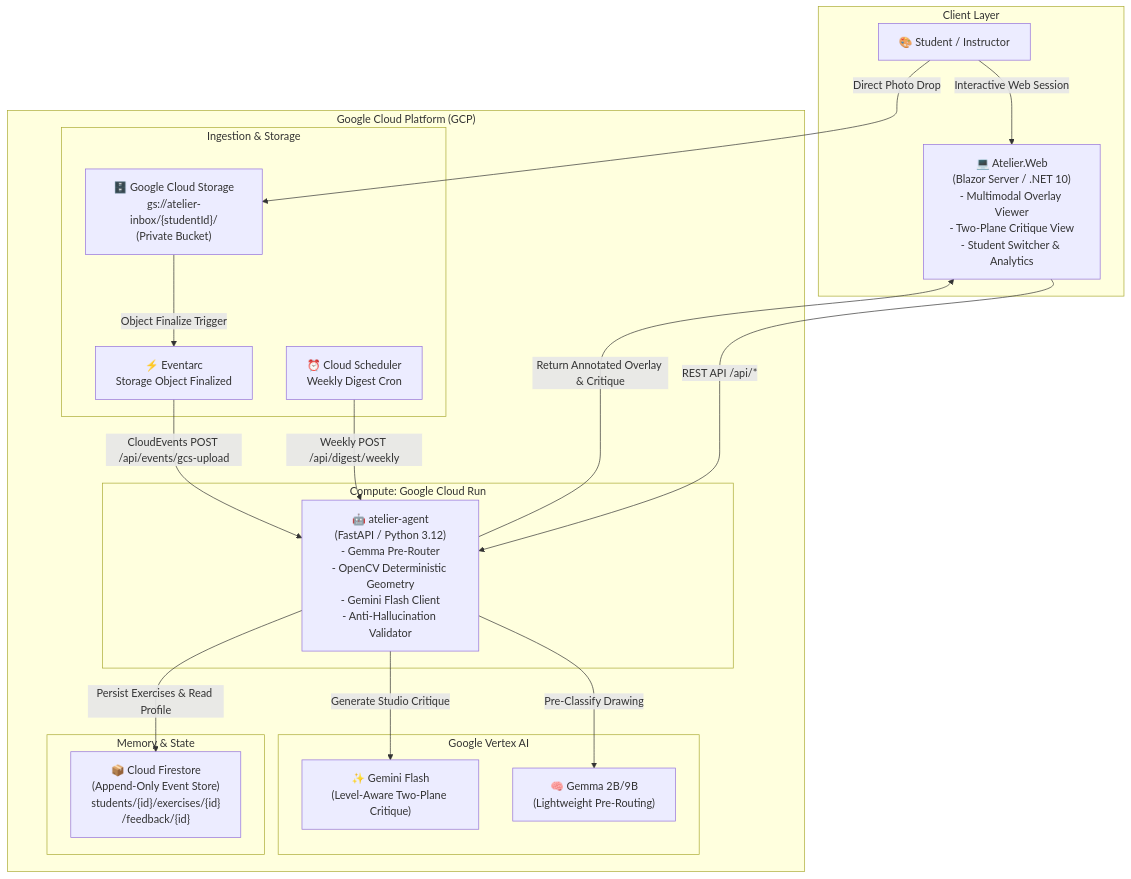
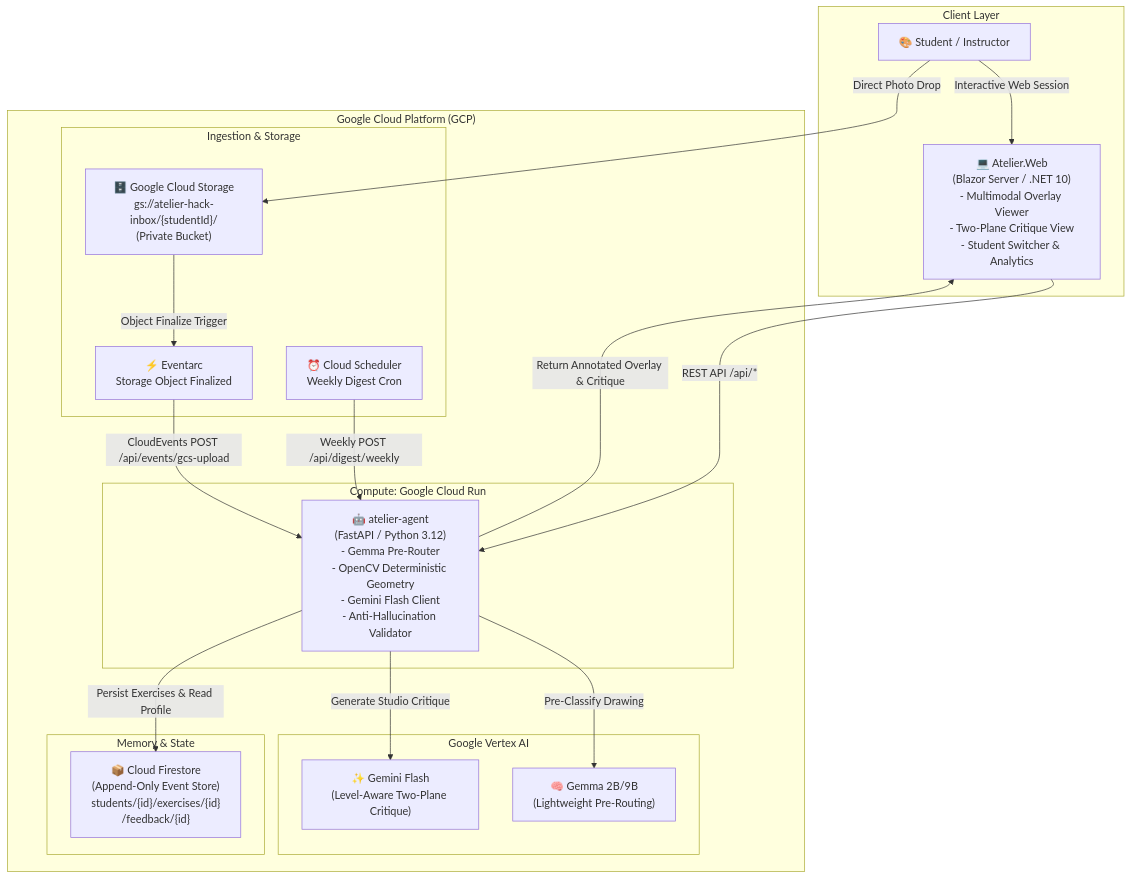
The first of 2 diagrams in docs/ARCHITECTURE.md (hvaler/atelier), drawn with Mermaid before and after one commit. The commit also changed 7 other files, not shown here.

Commit message:
feat(async): unify canonical bucket name to atelier-hack-inbox and enforce genuine GCS download on ingestion

````diff
--- a/docs/ARCHITECTURE.md
+++ b/docs/ARCHITECTURE.md
@@ -9,42 +9,42 @@
 ```mermaid
 graph TB
     subgraph "Client Layer"
         User["🎨 Student / Instructor"]
         WebUI["💻 Atelier.Web\n(Blazor Server / .NET 10)\n- Multimodal Overlay Viewer\n- Two-Plane Critique View\n- Student Switcher & Analytics"]
     end
 
     subgraph "Google Cloud Platform (GCP)"
         subgraph "Ingestion & Storage"
-            GCS["🗄️ Google Cloud Storage\ngs://atelier-inbox/{studentId}/\n(Private Bucket)"]
+            GCS["🗄️ Google Cloud Storage\ngs://atelier-hack-inbox/{studentId}/\n(Private Bucket)"]
             Eventarc["⚡ Eventarc\nStorage Object Finalized"]
             Scheduler["⏰ Cloud Scheduler\nWeekly Digest Cron"]
         end
 
         subgraph "Compute: Google Cloud Run"
             AgentService["🤖 atelier-agent\n(FastAPI / Python 3.12)\n- Gemma Pre-Router\n- OpenCV Deterministic Geometry\n- Gemini Flash Client\n- Anti-Hallucination Validator"]
         end
 
         subgraph "Google Vertex AI"
             Gemma["🧠 Gemma 2B/9B\n(Lightweight Pre-Routing)"]
             Gemini["✨ Gemini Flash\n(Level-Aware Two-Plane Critique)"]
         end
 
         subgraph "Memory & State"
             Firestore["📦 Cloud Firestore\n(Append-Only Event Store)\nstudents/{id}/exercises/{id}\n/feedback/{id}"]
         end
     end
 
     User -->|Interactive Web Session| WebUI
     User -->|Direct Photo Drop| GCS
 
     WebUI -->|REST API /api/*| AgentService
     GCS -->|Object Finalize Trigger| Eventarc
     Eventarc -->|CloudEvents POST /api/events/gcs-upload| AgentService
     Scheduler -->|Weekly POST /api/digest/weekly| AgentService
 
     AgentService -->|Pre-Classify Drawing| Gemma
     AgentService -->|Generate Studio Critique| Gemini
     AgentService -->|Persist Exercises & Read Profile| Firestore
 
     AgentService -->|Return Annotated Overlay & Critique| WebUI
 ```
````
